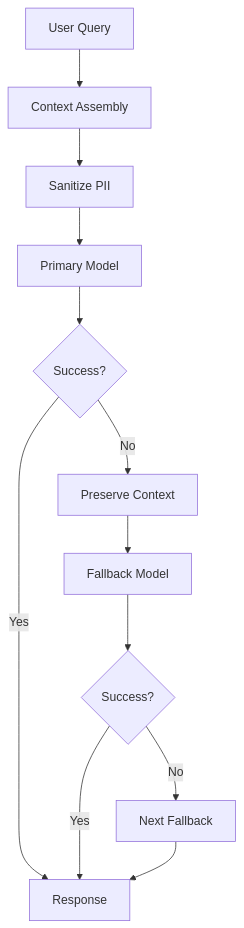
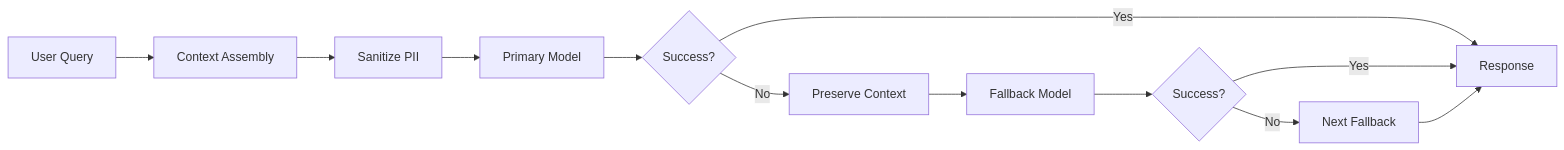
One commit to bxrdy/bipolar-guardian changed the second of 3 diagrams in README.md. Above: the diagram before and after it, drawn with Mermaid.

Commit message:
Improve Multi-Model Orchestration diagram layout for better visual aesthetics
- Convert diagram from vertical (TD) to horizontal (LR) layout to reduce height
- Maintain all technical detail and process flow logic
- Improve README visual flow and reduce excessive vertical space
- Enhance overall document readability and professional appearance

This change significantly reduces the diagram height while preserving the complete
multi-model fallback process visualization.

````diff
--- a/README.md
+++ b/README.md
@@ -39,14 +39,9 @@
 ```mermaid
-graph TD
-    A[User Query] --> B[Context Assembly]
-    B --> C[Sanitize PII]
-    C --> D[Primary Model]
-    D --> E{Success?}
+graph LR
+    A[User Query] --> B[Context Assembly] --> C[Sanitize PII]
+    C --> D[Primary Model] --> E{Success?}
     E -->|Yes| F[Response]
-    E -->|No| G[Preserve Context]
-    G --> H[Fallback Model]
-    H --> I{Success?}
+    E -->|No| G[Preserve Context] --> H[Fallback Model] --> I{Success?}
     I -->|Yes| F
-    I -->|No| J[Next Fallback]
-    J --> F
+    I -->|No| J[Next Fallback] --> F
 ```
````
